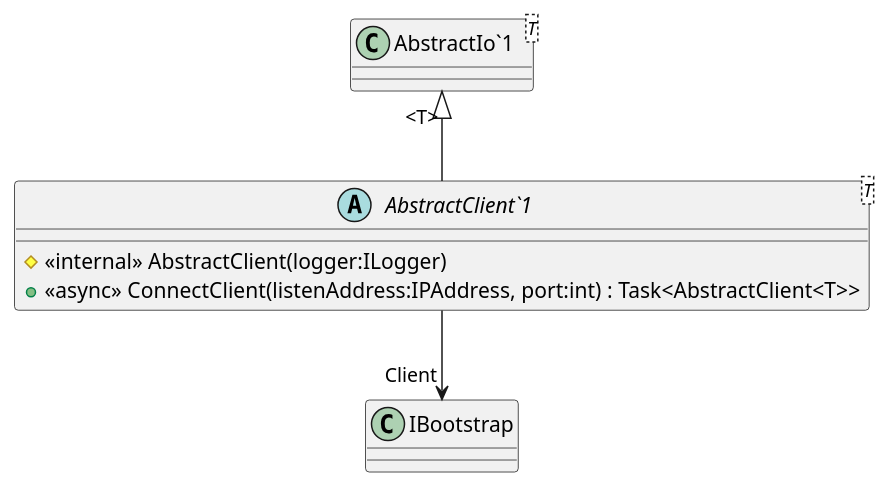
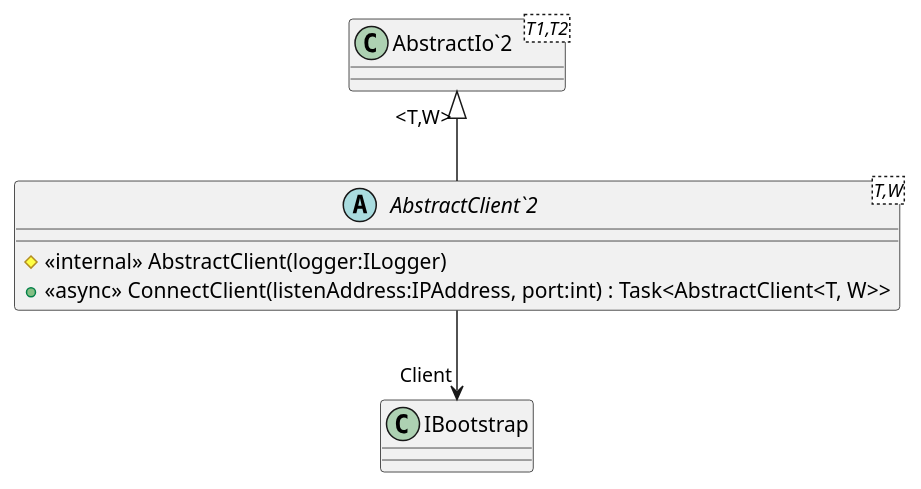
The diagram in Documentation/UML/Catalyst.Node.Common/Helpers/IO/Outbound/AbstractClient.puml (catalyst-network/Catalyst), drawn with PlantUML before and after one commit. The commit also changed 29 other files, not shown here.

```diff
--- a/Documentation/UML/Catalyst.Node.Common/Helpers/IO/Outbound/AbstractClient.puml
+++ b/Documentation/UML/Catalyst.Node.Common/Helpers/IO/Outbound/AbstractClient.puml
@@ -1,10 +1,10 @@
 @startuml
-abstract class "AbstractClient`1"<T> {
+abstract class "AbstractClient`2"<T,W> {
     # <<internal>> AbstractClient(logger:ILogger)
-    + <<async>> ConnectClient(listenAddress:IPAddress, port:int) : Task<AbstractClient<T>>
+    + <<async>> ConnectClient(listenAddress:IPAddress, port:int) : Task<AbstractClient<T, W>>
 }
-class "AbstractIo`1"<T> {
+class "AbstractIo`2"<T1,T2> {
 }
-"AbstractIo`1" "<T>" <|-- "AbstractClient`1"
-"AbstractClient`1" --> "Client" IBootstrap
+"AbstractIo`2" "<T,W>" <|-- "AbstractClient`2"
+"AbstractClient`2" --> "Client" IBootstrap
 @enduml
```
